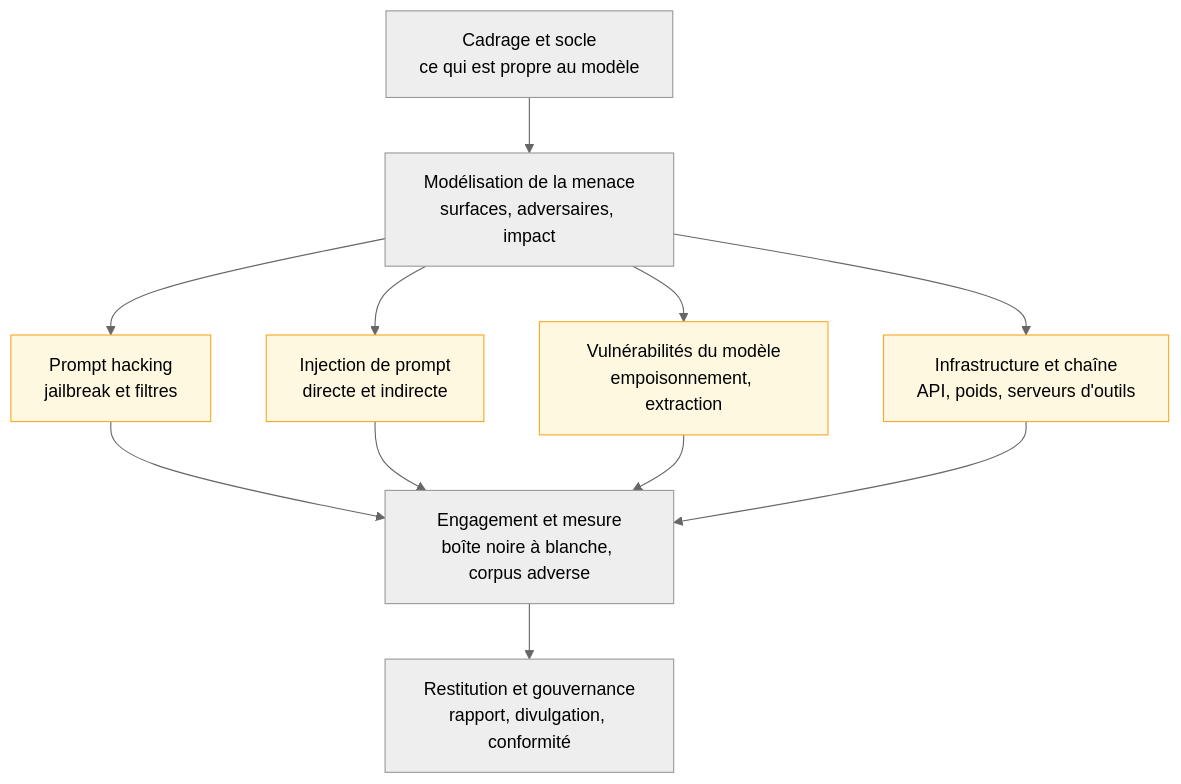
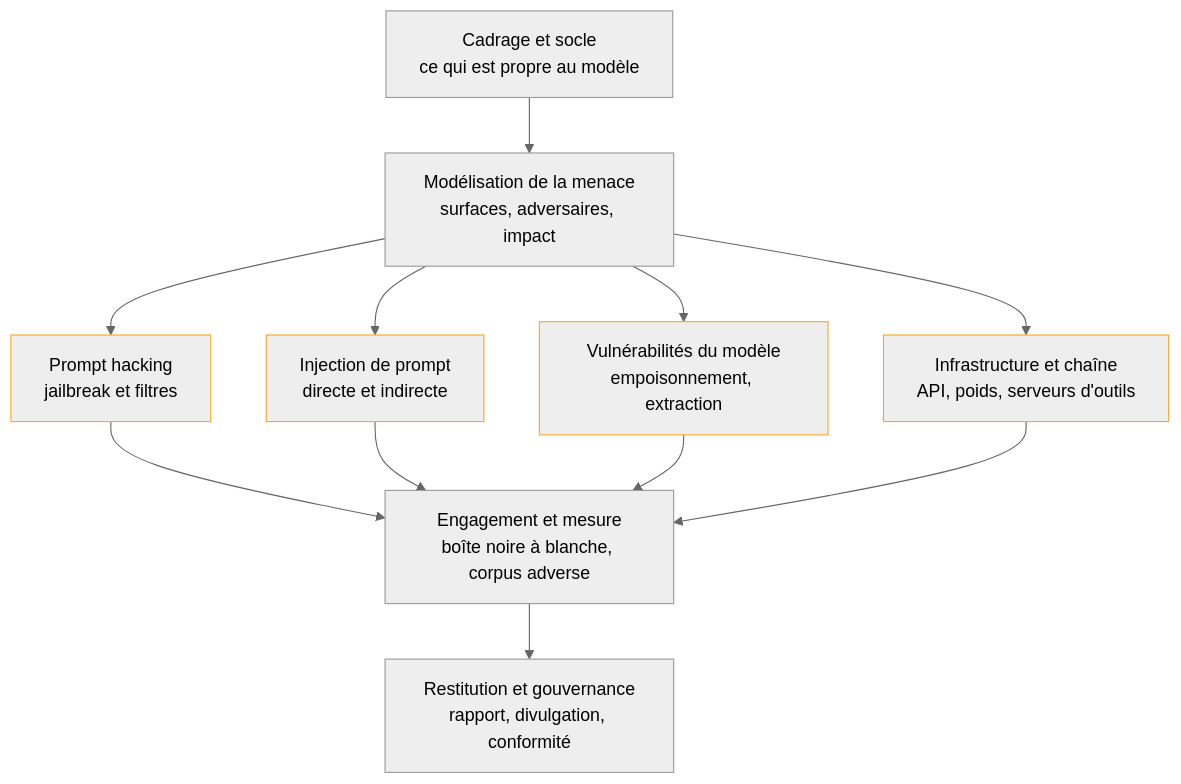
One commit to floSa/Atlas-Metiers-Roadmaps changed the diagram in content/parcours/ai-red-teaming/index.md. Above: the diagram before and after it, drawn with Mermaid (neutral theme). The commit also changed 28 other files, not shown here.

Commit message:
Schemas lisibles dans les deux themes, et retour au niveau superieur sur toutes les pages

````diff
--- a/content/parcours/ai-red-teaming/index.md
+++ b/content/parcours/ai-red-teaming/index.md
@@ -15,25 +15,25 @@
 ```mermaid
 flowchart TD
   F["Cadrage et socle<br/>ce qui est propre au modèle"] --> M["Modélisation de la menace<br/>surfaces, adversaires, impact"]
   M --> PH["Prompt hacking<br/>jailbreak et filtres"]
   M --> PI["Injection de prompt<br/>directe et indirecte"]
   M --> MV["Vulnérabilités du modèle<br/>empoisonnement, extraction"]
   M --> IN["Infrastructure et chaîne<br/>API, poids, serveurs d'outils"]
   PH --> E["Engagement et mesure<br/>boîte noire à blanche, corpus adverse"]
   PI --> E
   MV --> E
   IN --> E
   E --> R["Restitution et gouvernance<br/>rapport, divulgation, conformité"]
 
   click F "/parcours/ai-red-teaming/cadrage-et-socle"
   click M "/parcours/ai-red-teaming/modelisation-de-la-menace"
   click PH "/parcours/ai-red-teaming/prompt-hacking"
   click PI "/parcours/ai-red-teaming/injection-de-prompt"
   click MV "/parcours/ai-red-teaming/vulnerabilites-du-modele"
   click IN "/parcours/ai-red-teaming/infrastructure-et-chaine"
   click E "/parcours/ai-red-teaming/engagement-et-mesure"
   click R "/parcours/ai-red-teaming/restitution-et-gouvernance"
 
-  classDef surface fill:#fff8e1,stroke:#f9a825,stroke-width:1px
+  classDef surface stroke:#f9a825,stroke-width:1px
   class PH,PI,MV,IN surface
 ```
````
